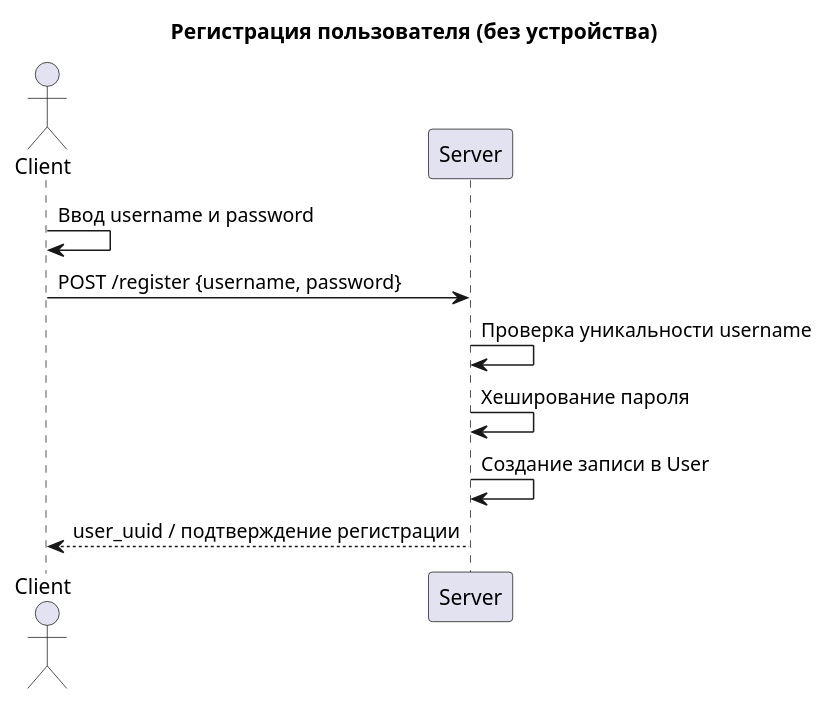
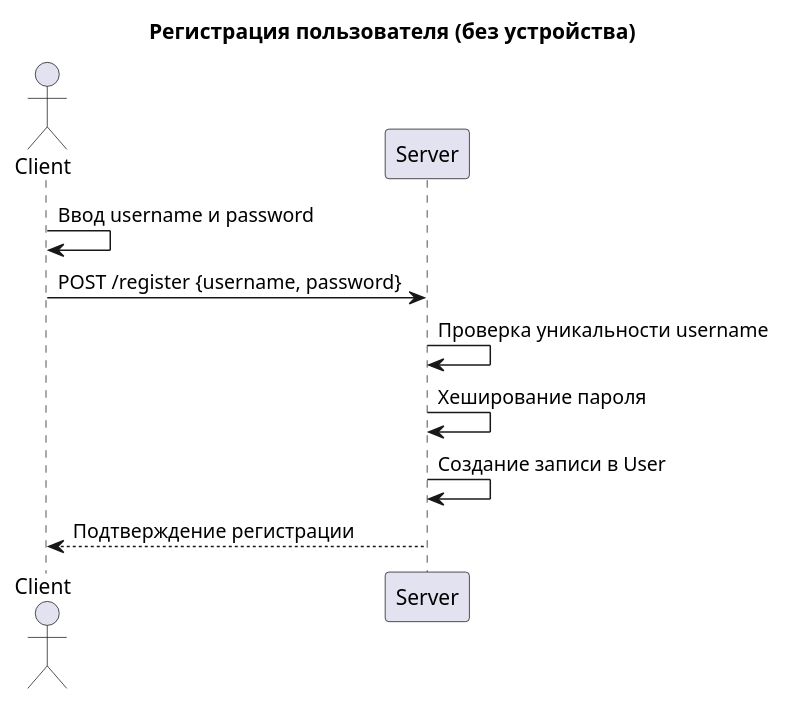
One commit to sbilibin2017/bil-message changed the diagram in docs/register.puml. Above: the diagram before and after it, drawn with PlantUML. The commit also changed 26 other files, not shown here.

```diff
--- a/docs/register.puml
+++ b/docs/register.puml
@@ -1,15 +1,15 @@
 @startuml
 title Регистрация пользователя (без устройства)
 
 actor Client
 participant Server
 
 Client -> Client: Ввод username и password
 Client -> Server: POST /register {username, password}
 
 Server -> Server: Проверка уникальности username
 Server -> Server: Хеширование пароля
 Server -> Server: Создание записи в User
 
-Server --> Client: user_uuid / подтверждение регистрации
+Server --> Client: Подтверждение регистрации
 @enduml
```
